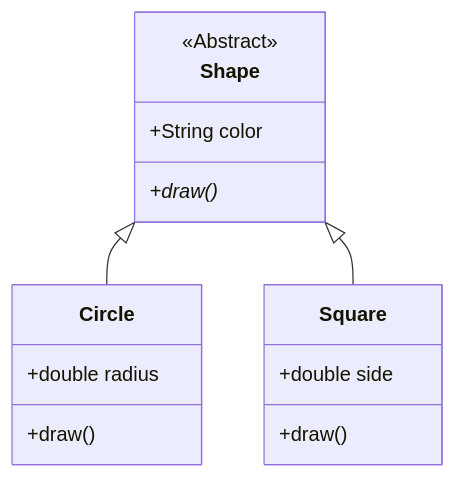
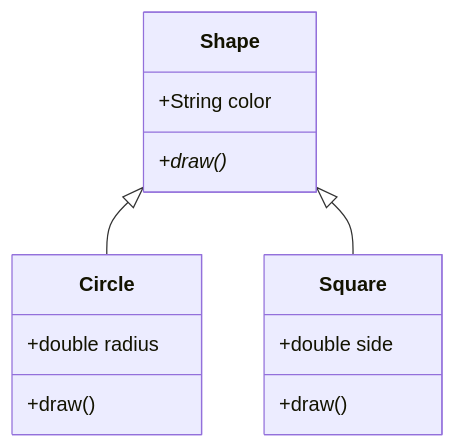
Before and after one commit to zhu-weijie/my-static-blog: the second of 4 diagrams in content/2025-09-10-oop.md, drawn with Mermaid. The commit also changed 3 other files, not shown here.

````diff
--- a/content/2025-09-10-oop.md
+++ b/content/2025-09-10-oop.md
@@ -27,21 +27,20 @@
 ```mermaid
 classDiagram
     class Shape {
-        <<Abstract>>
         +String color
         +draw()*
     }
 
     class Circle {
         +double radius
         +draw()
     }
 
     class Square {
         +double side
         +draw()
     }
 
     Shape <|-- Circle
     Shape <|-- Square
 ```
````
